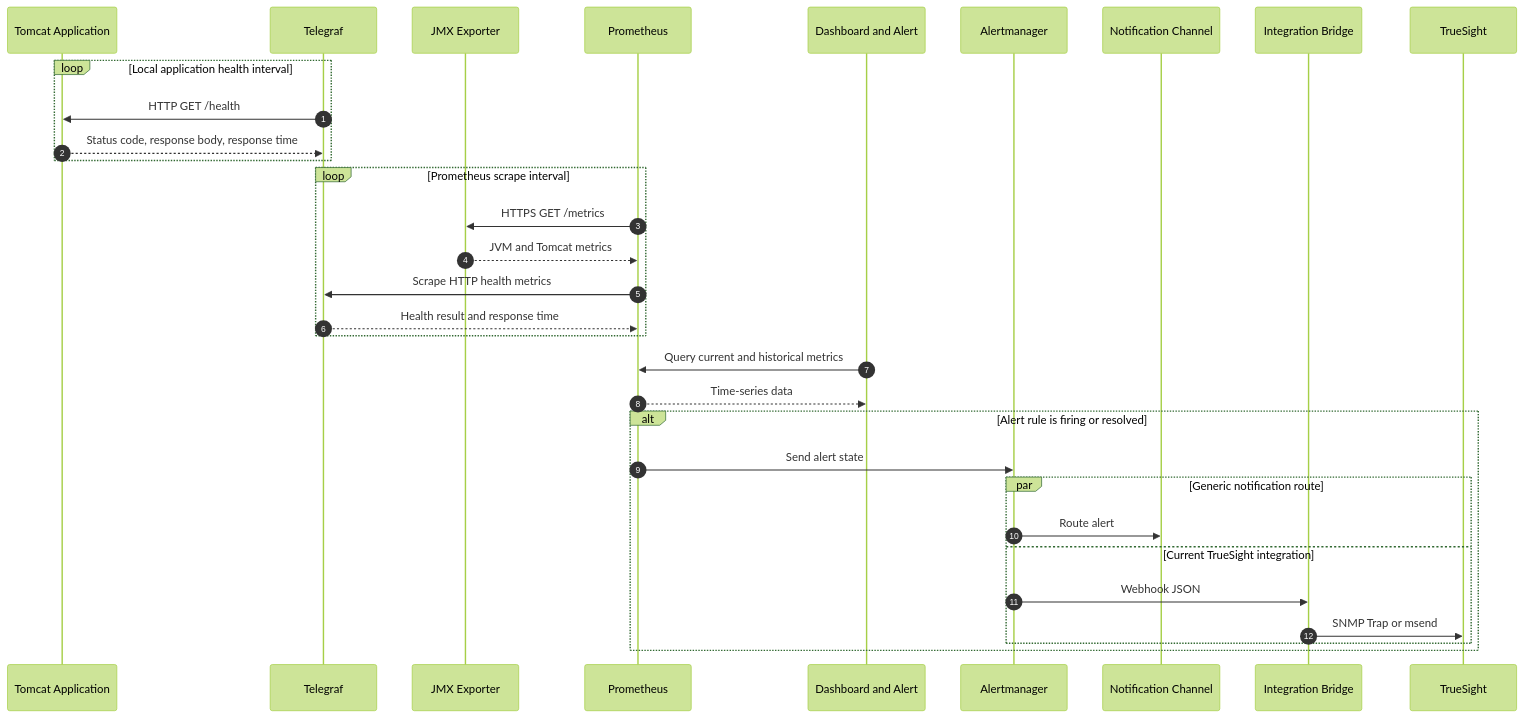
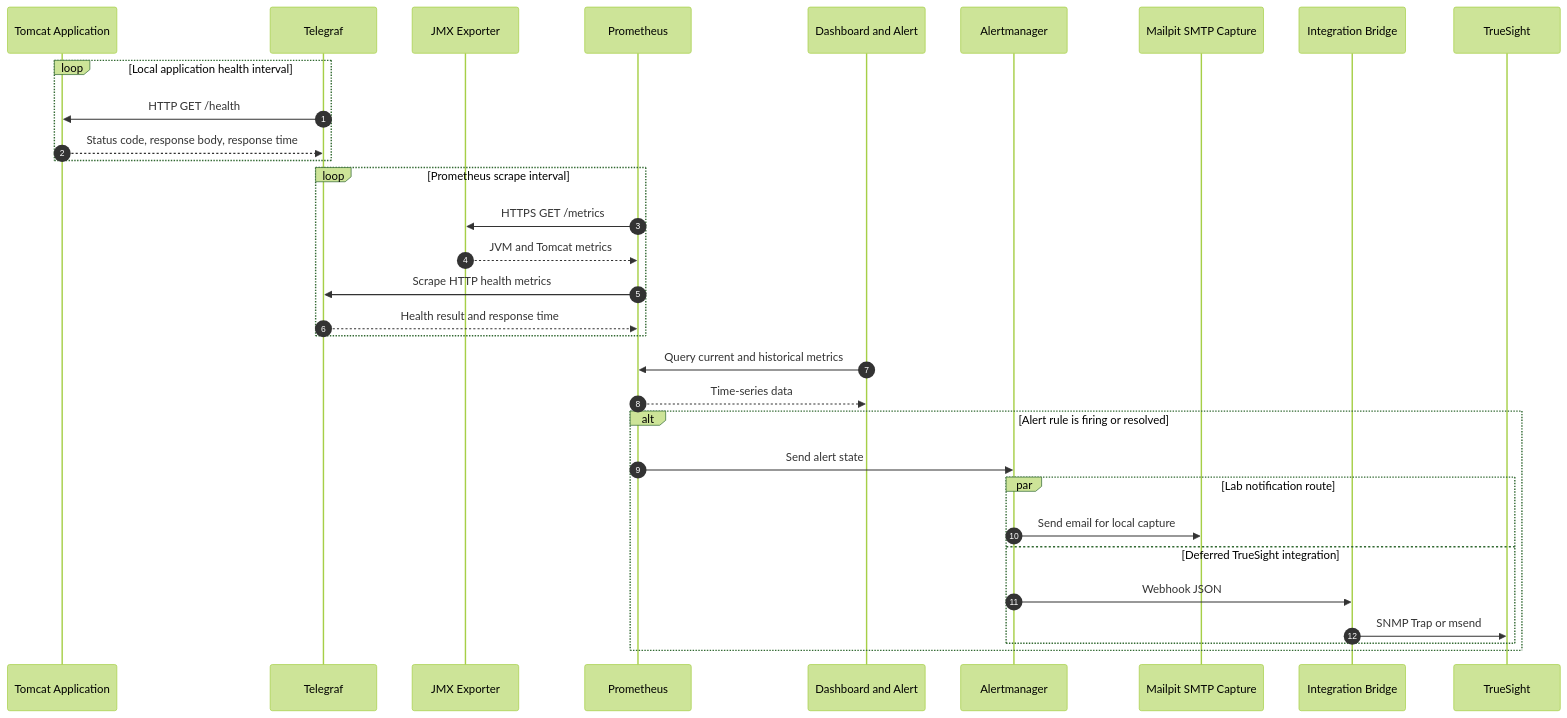
The second of 2 diagrams in docs/projects/tomcat-monitoring/architecture/index.md (edkas07-oss/devops-handbook), drawn with Mermaid (forest theme) before and after one commit. The commit also changed other lines of this file and 10 other files, not shown here.

````diff
--- a/docs/projects/tomcat-monitoring/architecture/index.md
+++ b/docs/projects/tomcat-monitoring/architecture/index.md
@@ -52,38 +54,38 @@
 ```mermaid
 sequenceDiagram
     autonumber
     participant APP as Tomcat Application
     participant TG as Telegraf
     participant JM as JMX Exporter
     participant PM as Prometheus
     participant DB as Dashboard and Alert
     participant AM as Alertmanager
-    participant NC as Notification Channel
+    participant NC as Mailpit SMTP Capture
     participant BR as Integration Bridge
     participant TS as TrueSight
 
     loop Local application health interval
         TG->>APP: HTTP GET /health
         APP-->>TG: Status code, response body, response time
     end
 
     loop Prometheus scrape interval
         PM->>JM: HTTPS GET /metrics
         JM-->>PM: JVM and Tomcat metrics
         PM->>TG: Scrape HTTP health metrics
         TG-->>PM: Health result and response time
     end
 
     DB->>PM: Query current and historical metrics
     PM-->>DB: Time-series data
 
     alt Alert rule is firing or resolved
         PM->>AM: Send alert state
-        par Generic notification route
-            AM->>NC: Route alert
-        and Current TrueSight integration
+        par Lab notification route
+            AM->>NC: Send email for local capture
+        and Deferred TrueSight integration
             AM->>BR: Webhook JSON
             BR->>TS: SNMP Trap or msend
         end
     end
 ```
````
